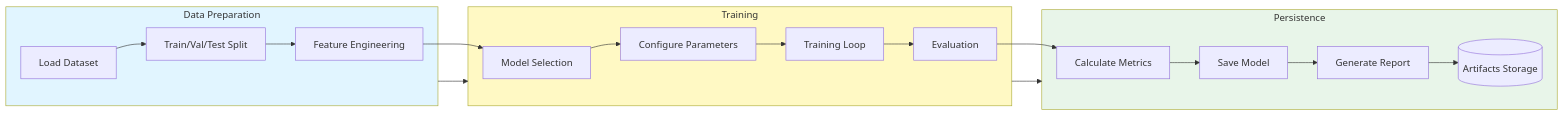
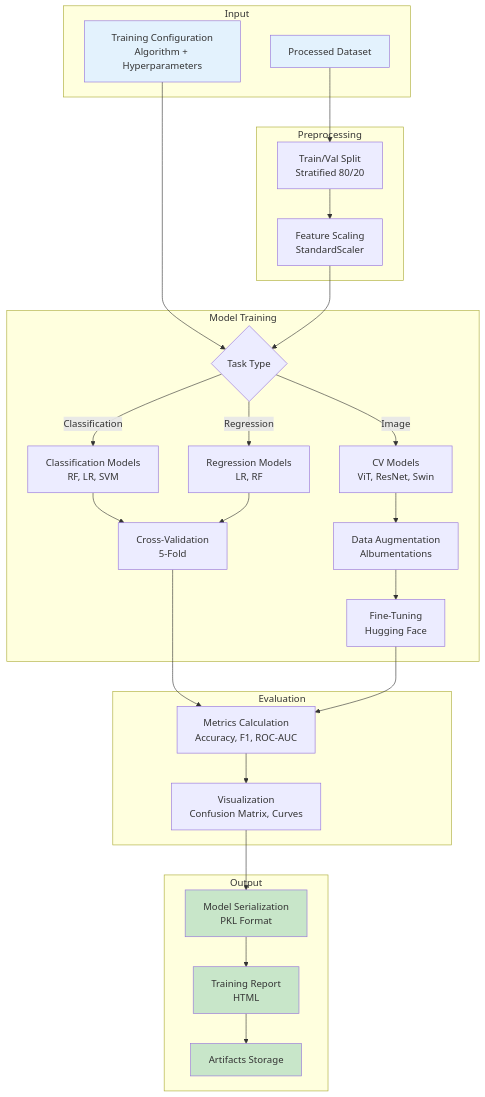
Before and after one commit to anshul-dying/MODULUS: the eighth of 10 diagrams in docs/researchPaper/diagrams.md, drawn with Mermaid. The commit also changed other lines of this file and 8 other files, not shown here.

````diff
--- a/docs/researchPaper/diagrams.md
+++ b/docs/researchPaper/diagrams.md
@@ -392,28 +361,47 @@
 ```mermaid
-flowchart LR
-    subgraph DataPrep["Data Preparation"]
-        Load[Load Dataset] --> Split[Train/Val/Test Split]
-        Split --> Features[Feature Engineering]
+graph TB
+    subgraph "Input"
+        DATA[Processed Dataset]
+        CONFIG[Training Configuration<br/>Algorithm + Hyperparameters]
     end
-
-    subgraph Training["Training"]
-        Features --> Select[Model Selection]
-        Select --> Config[Configure Parameters]
-        Config --> Train[Training Loop]
-        Train --> Eval[Evaluation]
+    
+    subgraph "Preprocessing"
+        SPLIT[Train/Val Split<br/>Stratified 80/20]
+        SCALE[Feature Scaling<br/>StandardScaler]
     end
-
-    subgraph Persist["Persistence"]
-        Eval --> Metrics[Calculate Metrics]
-        Metrics --> SaveModel[Save Model]
-        SaveModel --> Report[Generate Report]
-        Report --> Artifacts[(Artifacts Storage)]
+    
+    subgraph "Model Training"
+        TABULAR{Task Type}
+        TABULAR -->|Classification| CLF[Classification Models<br/>RF, LR, SVM]
+        TABULAR -->|Regression| REG[Regression Models<br/>LR, RF]
+        TABULAR -->|Image| CV[CV Models<br/>ViT, ResNet, Swin]
+        
+        CLF --> CVAL[Cross-Validation<br/>5-Fold]
+        REG --> CVAL
+        CV --> AUG[Data Augmentation<br/>Albumentations]
+        AUG --> FINE[Fine-Tuning<br/>Hugging Face]
     end
-
-    DataPrep --> Training
-    Training --> Persist
-
-    style DataPrep fill:#e1f5ff
-    style Training fill:#fff9c4
-    style Persist fill:#e8f5e9
+    
+    subgraph "Evaluation"
+        CVAL --> METRICS[Metrics Calculation<br/>Accuracy, F1, ROC-AUC]
+        FINE --> METRICS
+        METRICS --> VIZ[Visualization<br/>Confusion Matrix, Curves]
+    end
+    
+    subgraph "Output"
+        VIZ --> MODEL[Model Serialization<br/>PKL Format]
+        MODEL --> REPORT[Training Report<br/>HTML]
+        REPORT --> ARTIFACTS[Artifacts Storage]
+    end
+    
+    DATA --> SPLIT
+    CONFIG --> TABULAR
+    SPLIT --> SCALE
+    SCALE --> TABULAR
+    
+    style DATA fill:#e3f2fd
+    style CONFIG fill:#e3f2fd
+    style MODEL fill:#c8e6c9
+    style REPORT fill:#c8e6c9
+    style ARTIFACTS fill:#c8e6c9
 ```
````
